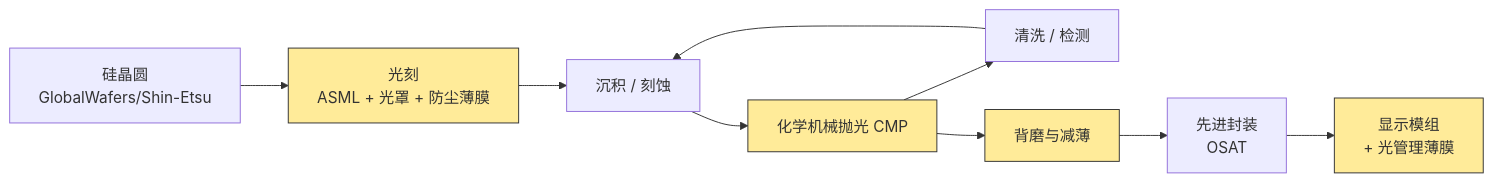
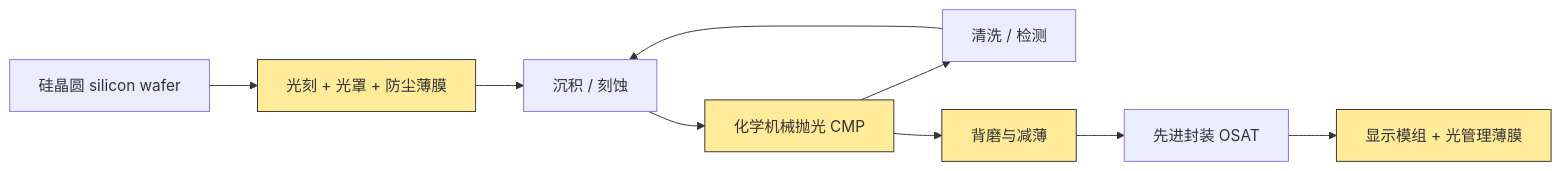
The third of 4 diagrams in reports/company/3M_NYSE_MMM/3M_NYSE_MMM_公司研究.md (dadachundan/financial_agent), drawn with Mermaid before and after one commit. The commit also changed other lines of this file and 9 other files, not shown here.

Commit message:
feat(company-research): refresh 3M (MMM) to current spec — decision layer + 9 SVG charts

````diff
--- a/reports/company/3M_NYSE_MMM/3M_NYSE_MMM_公司研究.md
+++ b/reports/company/3M_NYSE_MMM/3M_NYSE_MMM_公司研究.md
@@ -168,16 +876,15 @@
 ```mermaid
 graph LR
-    A[硅晶圆<br/>GlobalWafers/Shin-Etsu] --> B[光刻<br/>ASML + 光罩 + 防尘薄膜]
+    A[硅晶圆 silicon wafer] --> B[光刻 + 光罩 + 防尘薄膜]
     B --> C[沉积 / 刻蚀]
     C --> D[化学机械抛光 CMP]
     D --> E[清洗 / 检测]
     E --> C
     D --> F[背磨与减薄]
-    F --> G[先进封装<br/>OSAT]
-    G --> H[显示模组<br/>+ 光管理薄膜]
+    F --> G[先进封装 OSAT]
+    G --> H[显示模组 + 光管理薄膜]
     style B fill:#ffeb99,stroke:#333,stroke-width:1px
     style D fill:#ffeb99,stroke:#333,stroke-width:1px
     style F fill:#ffeb99,stroke:#333,stroke-width:1px
     style H fill:#ffeb99,stroke:#333,stroke-width:1px
-    classDef threem fill:#ffeb99
 ```
````
